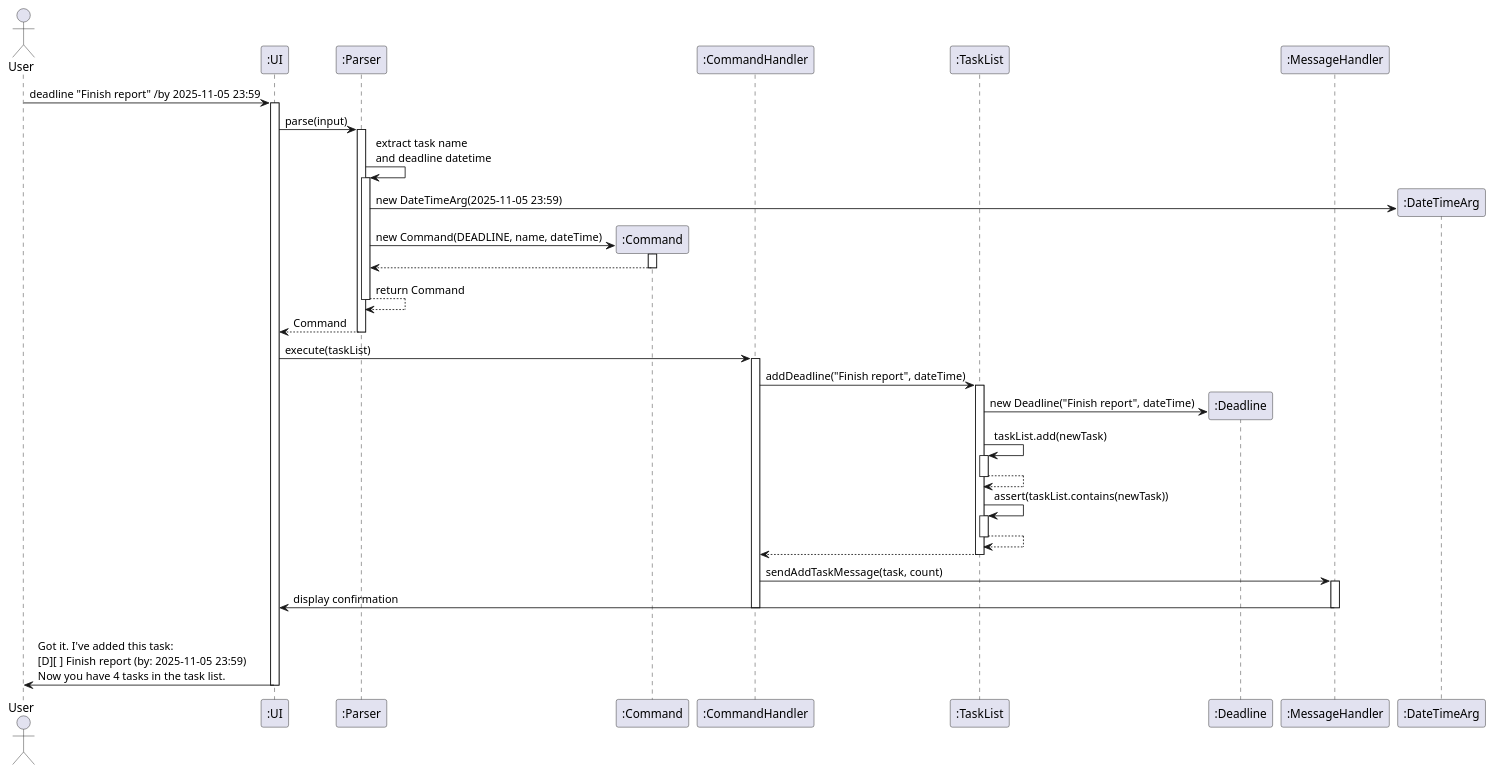
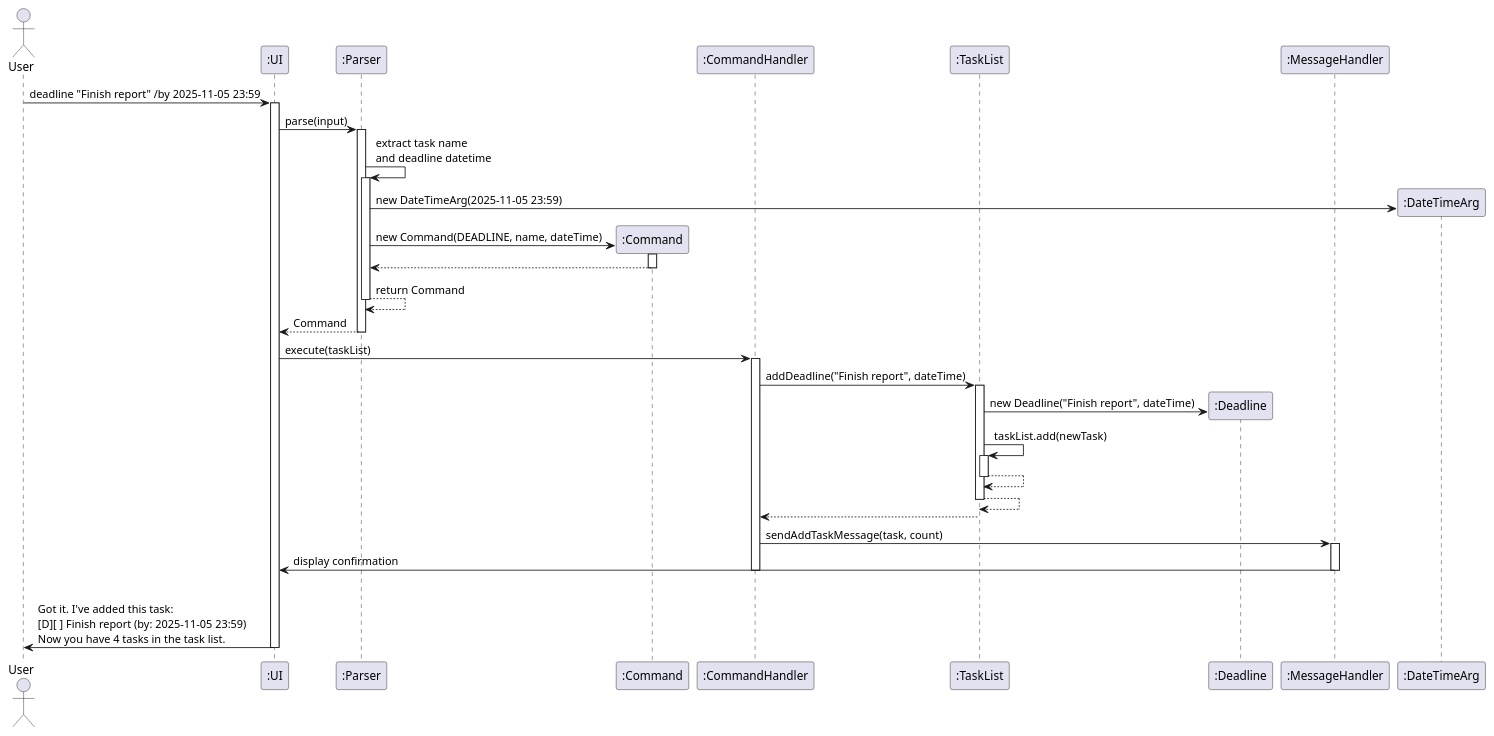
Before and after one commit to AY2526S1-CS2113-W12-3/tp: the diagram in docs/plantuml/AddDeadlineSequence.puml, drawn with PlantUML. The commit also changed 1 other file, not shown here.

Commit message:
Removed assert statement in AddDeadlineSequence

```diff
--- a/docs/plantuml/AddDeadlineSequence.puml
+++ b/docs/plantuml/AddDeadlineSequence.puml
@@ -1,70 +1,68 @@
 @startuml AddDeadlineSequence
 ' Sequence diagram for adding a deadline
 skinparam roundcorner 5
 
 actor User
 participant ":UI" as UI
 participant ":Parser" as Parser
 participant ":Command" as Command
 participant ":CommandHandler" as CommandHandler
 participant ":TaskList" as TaskList
 participant ":Deadline" as Deadline
 participant ":MessageHandler" as MessageHandler
 participant ":DateTimeArg" as DateTimeArg
 
 User -> UI : deadline "Finish report" /by 2025-11-05 23:59
 activate UI
 
 UI -> Parser : parse(input)
 activate Parser
 
 Parser -> Parser : extract task name\nand deadline datetime
 activate Parser
 
 Parser -> DateTimeArg ** : new DateTimeArg(2025-11-05 23:59)
 Parser -> Command ** : new Command(DEADLINE, name, dateTime)
 activate Command
 Command --> Parser
 deactivate Command
 
 Parser --> Parser : return Command
 deactivate Parser
 
 Parser --> UI : Command
 deactivate Parser
 
 UI -> CommandHandler : execute(taskList)
 activate CommandHandler
 
 CommandHandler -> TaskList : addDeadline("Finish report", dateTime)
 activate TaskList
 
 TaskList -> Deadline ** : new Deadline("Finish report", dateTime)
 
 TaskList -> TaskList : taskList.add(newTask)
 activate TaskList
 TaskList --> TaskList
 deactivate TaskList
 
-TaskList -> TaskList : assert(taskList.contains(newTask))
-activate TaskList
 TaskList --> TaskList
 deactivate TaskList
 
 TaskList --> CommandHandler
 deactivate TaskList
 
 CommandHandler -> MessageHandler : sendAddTaskMessage(task, count)
 activate MessageHandler
 
 MessageHandler -> UI : display confirmation
 
 deactivate CommandHandler
 |||
 deactivate MessageHandler
 
 UI -> User : Got it. I've added this task:\n[D][ ] Finish report (by: 2025-11-05 23:59)\nNow you have 4 tasks in the task list.
 
 deactivate UI
 
 @enduml
```
